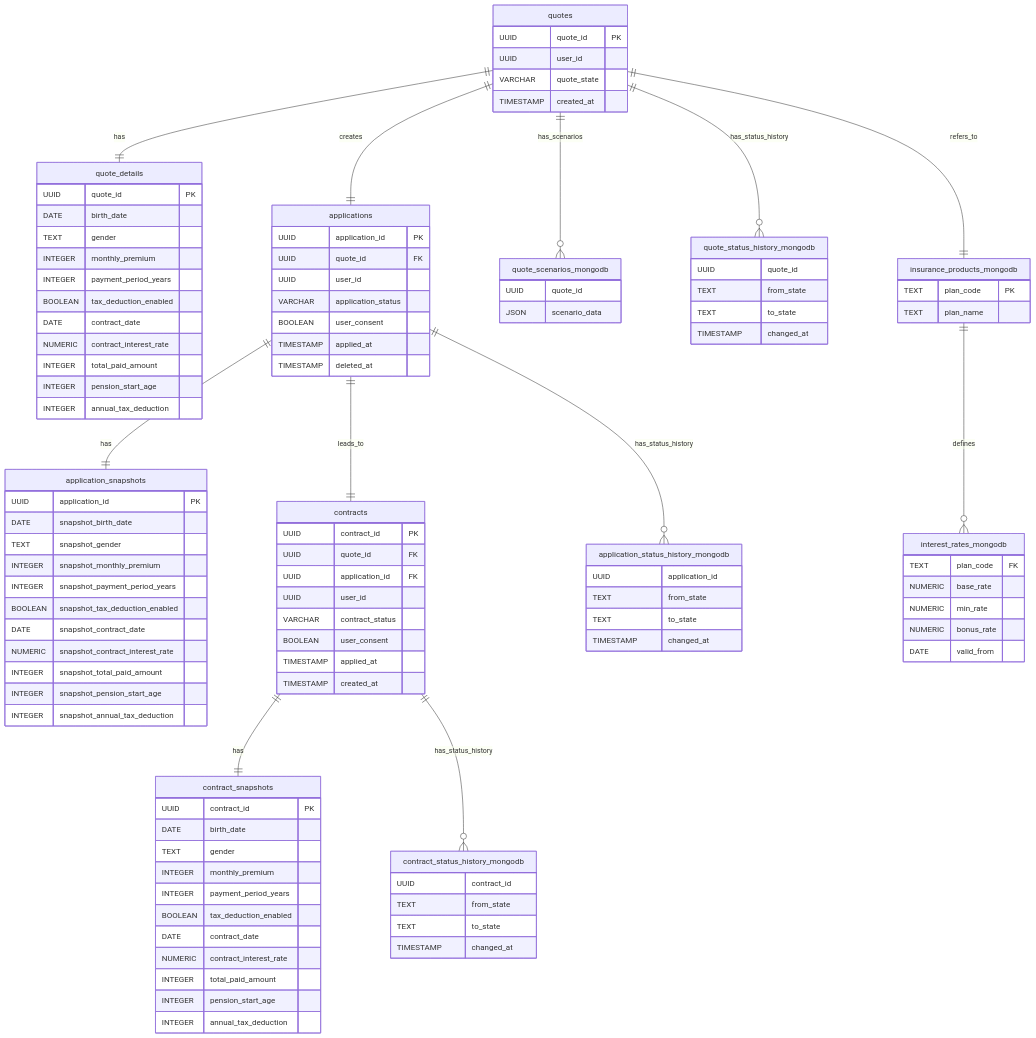
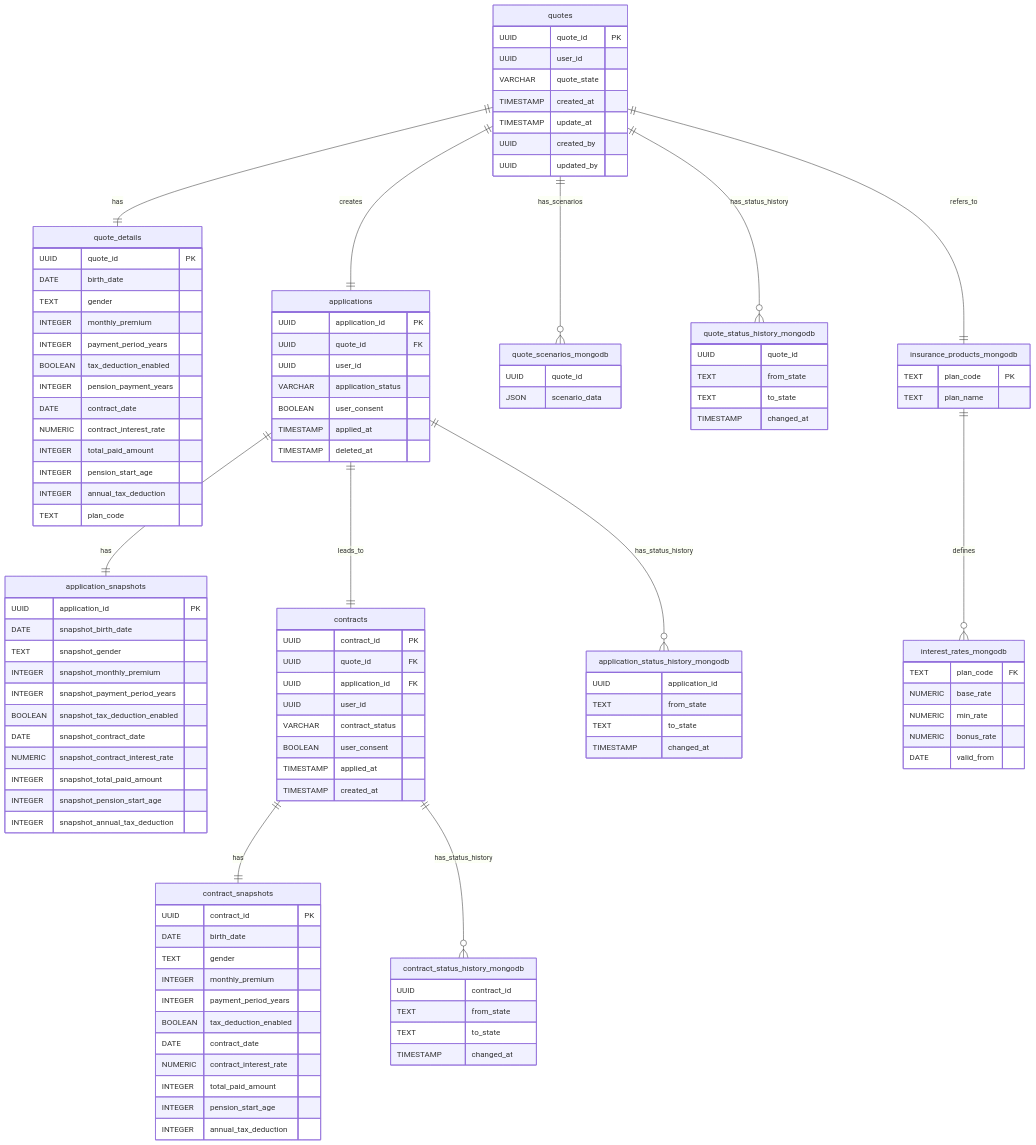
Before and after one commit to Yumapon/microservice_app: the diagram in db/README.md, drawn with Mermaid. The commit also changed 27 other files, not shown here.

```diff
--- a/db/README.md
+++ b/db/README.md
@@ -10,6 +10,9 @@
     UUID user_id
     VARCHAR quote_state
     TIMESTAMP created_at
+    TIMESTAMP update_at
+    UUID created_by
+    UUID updated_by
 }
 
 quote_details {
@@ -19,11 +22,13 @@
     INTEGER monthly_premium
     INTEGER payment_period_years
     BOOLEAN tax_deduction_enabled
+    INTEGER pension_payment_years
     DATE contract_date
     NUMERIC contract_interest_rate
     INTEGER total_paid_amount
     INTEGER pension_start_age
     INTEGER annual_tax_deduction
+    TEXT plan_code
 }
 
 applications {
```
